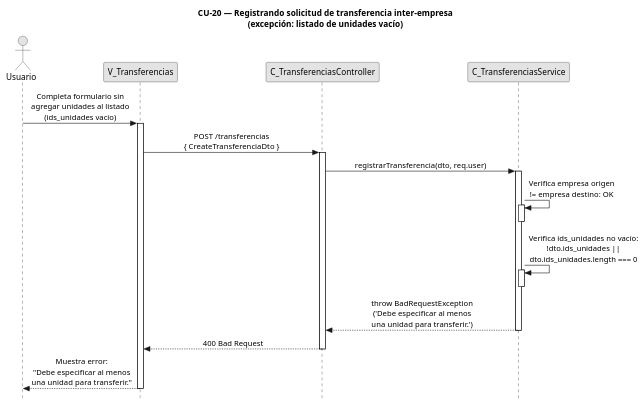
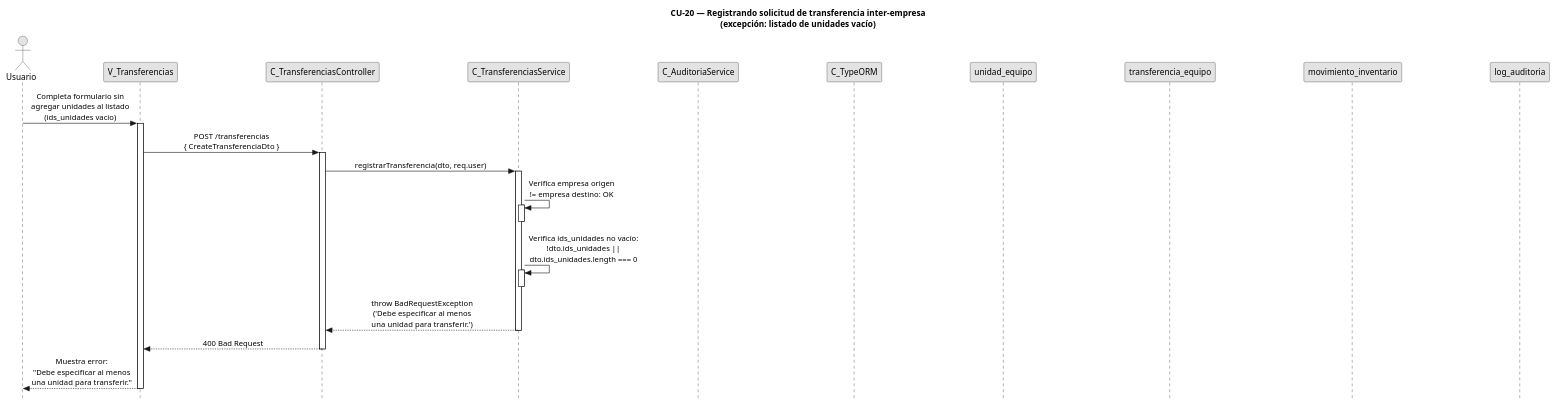
Before and after one commit to FSM-Finet-y-Cable-Magico/Team_1-Inventario-y-Bodega: the diagram in diagramas-secuencia/CU20/CU20-exc-sin-unidades.puml, drawn with PlantUML. The commit also changed 83 other files, not shown here.

Commit message:
fix diagramas segun criterio profesor

```diff
--- a/diagramas-secuencia/CU20/CU20-exc-sin-unidades.puml
+++ b/diagramas-secuencia/CU20/CU20-exc-sin-unidades.puml
@@ -1,47 +1,53 @@
 @startuml CU20-exc-sin-unidades
 title CU-20 — Registrando solicitud de transferencia inter-empresa\n(excepción: listado de unidades vacío)
 
 skinparam style strictuml
 skinparam monochrome true
 skinparam shadowing false
 skinparam sequenceMessageAlign center
 skinparam ParticipantPadding 70
 skinparam ActorPadding 30
 skinparam sequence {
   MessageAlign center
   LifeLineBorderColor black
 }
 hide footbox
 
 actor "Usuario" as user
 participant "V_Transferencias" as view
 participant "C_TransferenciasController" as ctrl
 participant "C_TransferenciasService" as svc
+participant "C_AuditoriaService" as aud
+participant "C_TypeORM" as orm
+participant "unidad_equipo" as uent
+participant "transferencia_equipo" as tent
+participant "movimiento_inventario" as ment
+participant "log_auditoria" as aent
 
 user -> view : Completa formulario sin\nagregar unidades al listado\n(ids_unidades vacío)
 activate view
 
 view -> ctrl : POST /transferencias\n{ CreateTransferenciaDto }
 activate ctrl
 
 ctrl -> svc : registrarTransferencia(dto, req.user)
 activate svc
 
 svc -> svc : Verifica empresa origen\n!= empresa destino: OK
 activate svc
 deactivate svc
 
 svc -> svc : Verifica ids_unidades no vacío:\n!dto.ids_unidades ||\ndto.ids_unidades.length === 0
 activate svc
 deactivate svc
 
 svc --> ctrl : throw BadRequestException\n('Debe especificar al menos\nuna unidad para transferir.')
 deactivate svc
 
 ctrl --> view : 400 Bad Request
 deactivate ctrl
 
 view --> user : Muestra error:\n"Debe especificar al menos\nuna unidad para transferir."
 deactivate view
 
 @enduml
```
